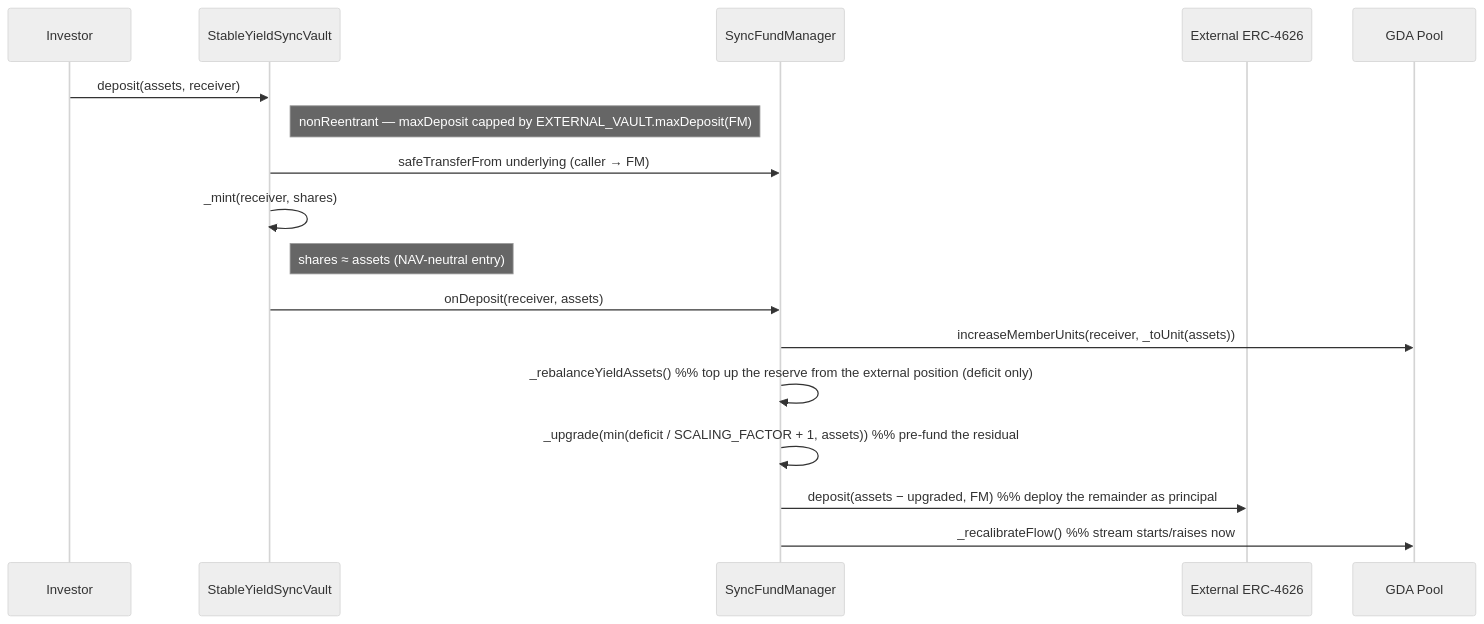
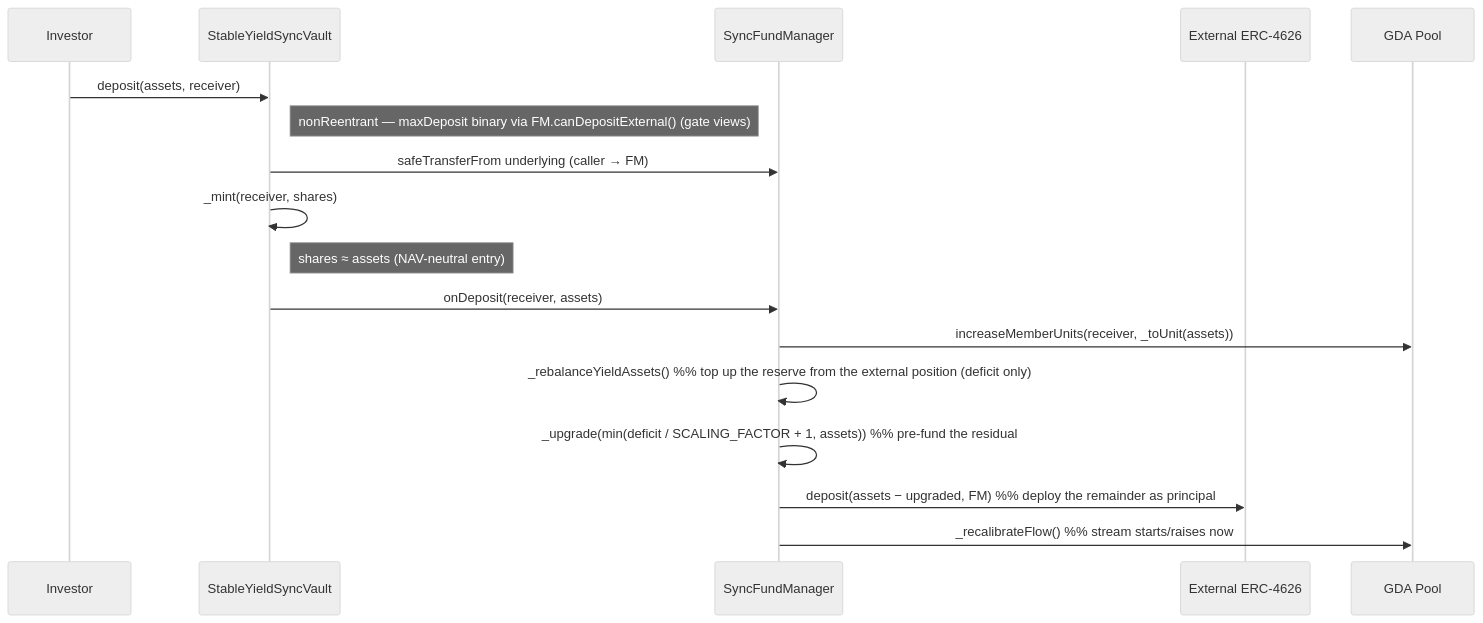
One commit to superfluid-org/stable-yield-vault changed the diagram in docs/sync-vault/flow/deposit-flow.md. Above: the diagram before and after it, drawn with Mermaid (neutral theme). The commit also changed other lines of this file and 16 other files, not shown here.

````diff
--- a/docs/sync-vault/flow/deposit-flow.md
+++ b/docs/sync-vault/flow/deposit-flow.md
@@ -28,20 +28,20 @@
 ```mermaid
 sequenceDiagram
     participant I as Investor
     participant V as StableYieldSyncVault
     participant FM as SyncFundManager
     participant E as External ERC-4626
     participant POOL as GDA Pool
 
     I->>V: deposit(assets, receiver)
-    Note right of V: nonReentrant — maxDeposit capped by EXTERNAL_VAULT.maxDeposit(FM)
+    Note right of V: nonReentrant — maxDeposit binary via FM.canDepositExternal() (gate views)
     V->>FM: safeTransferFrom underlying (caller → FM)
     V->>V: _mint(receiver, shares)
     Note right of V: shares ≈ assets (NAV-neutral entry)
     V->>FM: onDeposit(receiver, assets)
     FM->>POOL: increaseMemberUnits(receiver, _toUnit(assets))
     FM->>FM: _rebalanceYieldAssets()  %% top up the reserve from the external position (deficit only)
     FM->>FM: _upgrade(min(deficit / SCALING_FACTOR + 1, assets))  %% pre-fund the residual
     FM->>E: deposit(assets − upgraded, FM)  %% deploy the remainder as principal
     FM->>POOL: _recalibrateFlow()  %% stream starts/raises now
 ```
````
